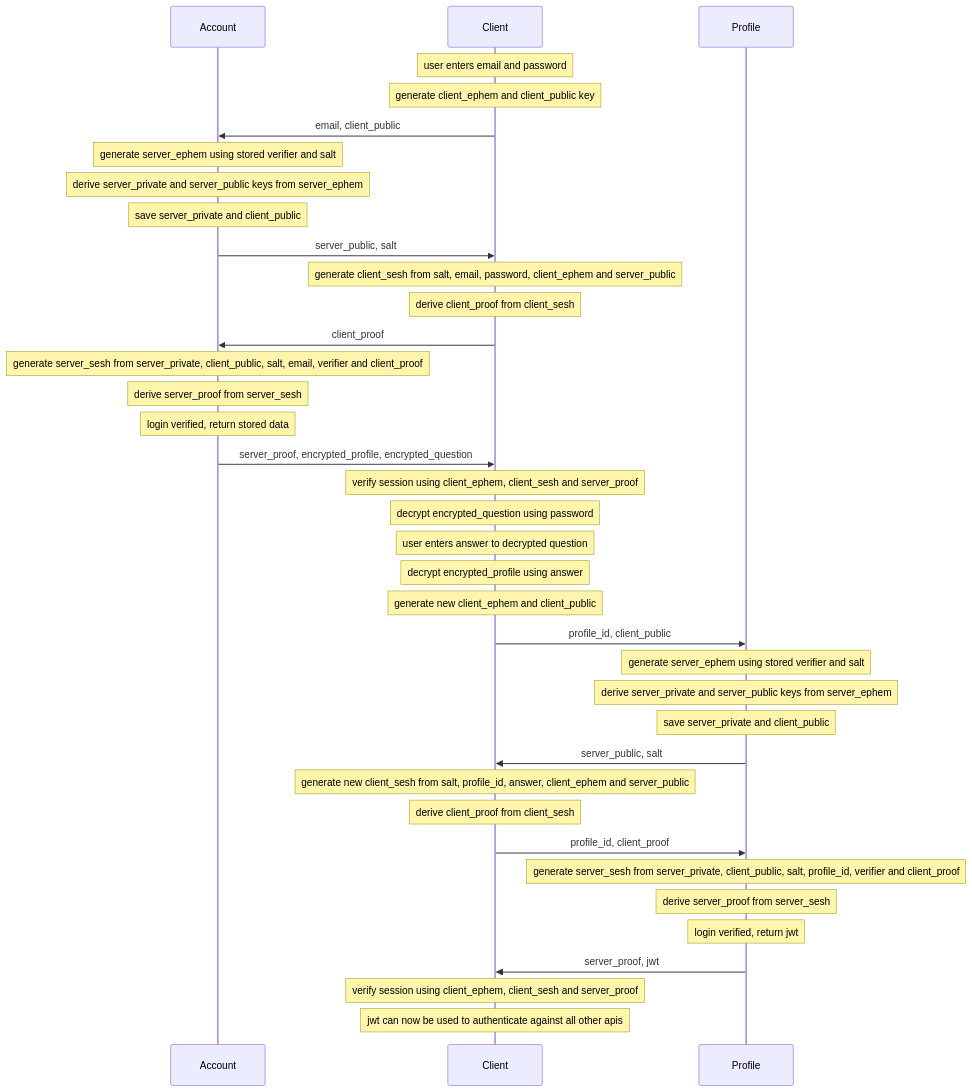
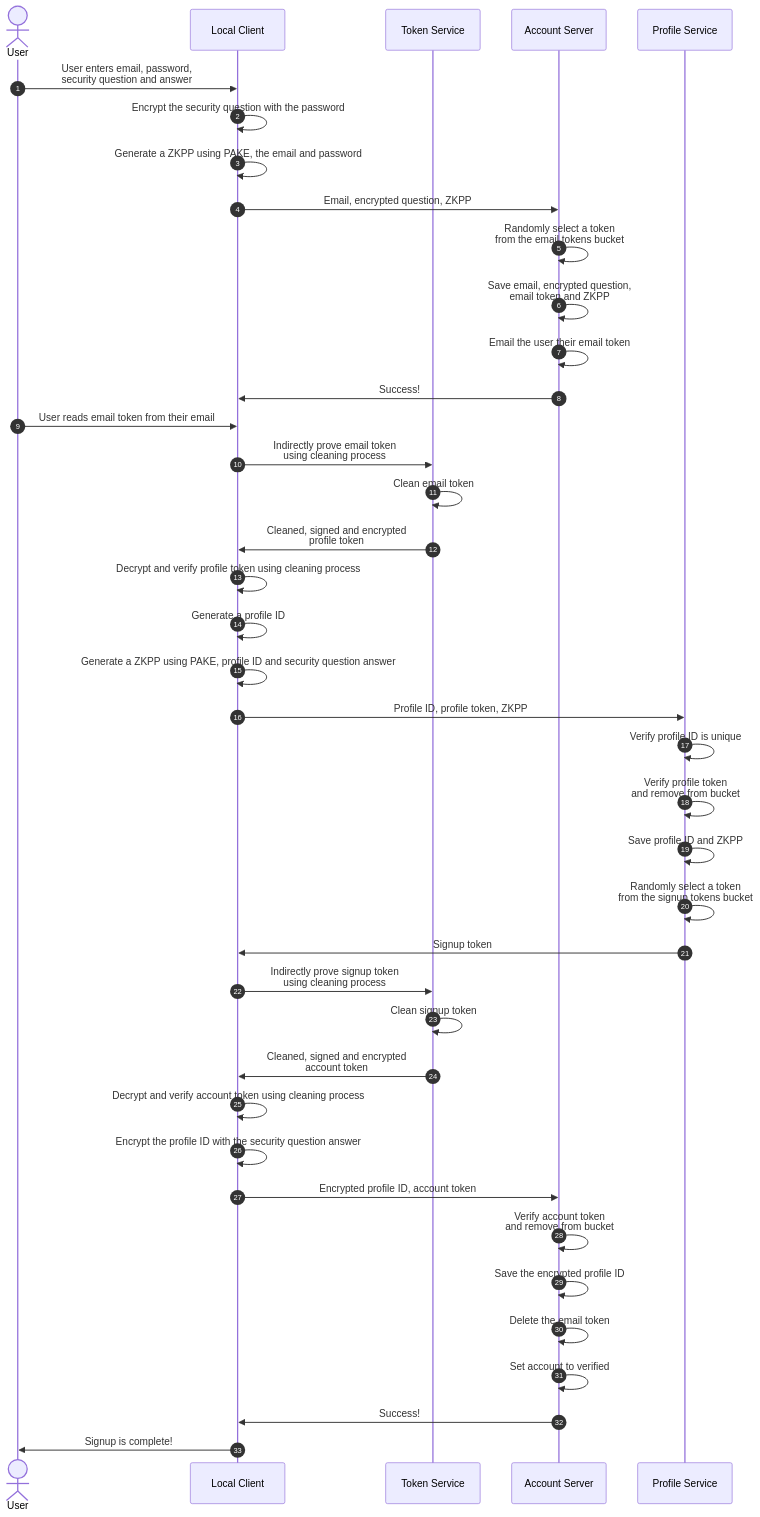
The ninth of 18 diagrams in docs/authentication.md (AluminumOxide/direct-democracy), drawn with Mermaid before and after one commit. The commit also changed other lines of this file, not shown here.

````diff
--- a/docs/authentication.md
+++ b/docs/authentication.md
@@ -7,39 +236,51 @@
 ```mermaid
 sequenceDiagram
-    participant Account
-    participant Client
-    participant Profile
-    Note over Client: user enters email and password
-    Note over Client: generate client_ephem and client_public key
-    Client->>Account: email, client_public
-    Note over Account: generate server_ephem using stored verifier and salt
-    Note over Account: derive server_private and server_public keys from server_ephem
-    Note over Account: save server_private and client_public
-    Account->>Client: server_public, salt
-    Note over Client: generate client_sesh from salt, email, password, client_ephem and server_public
-    Note over Client: derive client_proof from client_sesh
-    Client->>Account: client_proof
-    Note over Account: generate server_sesh from server_private, client_public, salt, email, verifier and client_proof
-    Note over Account: derive server_proof from server_sesh
-    Note over Account: login verified, return stored data
-    Account->>Client: server_proof, encrypted_profile, encrypted_question
-    Note over Client: verify session using client_ephem, client_sesh and server_proof
-    Note over Client: decrypt encrypted_question using password
-    Note over Client: user enters answer to decrypted question
-    Note over Client: decrypt encrypted_profile using answer
-    Note over Client: generate new client_ephem and client_public
-    Client->>Profile: profile_id, client_public
-    Note over Profile: generate server_ephem using stored verifier and salt
-    Note over Profile: derive server_private and server_public keys from server_ephem
-    Note over Profile: save server_private and client_public
-    Profile->>Client: server_public, salt
-    Note over Client: generate new client_sesh from salt, profile_id, answer, client_ephem and server_public
-    Note over Client: derive client_proof from client_sesh
-    Client->>Profile: profile_id, client_proof
-    Note over Profile: generate server_sesh from server_private, client_public, salt, profile_id, verifier and client_proof
-    Note over Profile: derive server_proof from server_sesh
-    Note over Profile: login verified, return jwt
-    Profile->>Client: server_proof, jwt
-    Note over Client: verify session using client_ephem, client_sesh and server_proof
-    Note over Client: jwt can now be used to authenticate against all other apis
+    autonumber
+
+    actor User
+    participant Client as Local Client
+    participant Verifier as Token Service
+    participant Account as Account Server
+    participant Profile as Profile Service
+
+    User->>Client: User enters email, password, <BR>security question and answer
+    Client->>Client: Encrypt the security question with the password
+    Client->>Client: Generate a ZKPP using PAKE, the email and password
+    Client->>Account: Email, encrypted question, ZKPP
+
+    Account->>Account: Randomly select a token <BR>from the email tokens bucket
+    Account->>Account: Save email, encrypted question, <BR>email token and ZKPP
+    Account->>Account: Email the user their email token
+    Account->>Client: Success!
+
+    User->>Client: User reads email token from their email
+    Client->>Verifier: Indirectly prove email token<BR> using cleaning process
+    Verifier->>Verifier: Clean email token
+    Verifier->>Client: Cleaned, signed and encrypted<BR> profile token
+
+    Client->>Client: Decrypt and verify profile token using cleaning process
+    Client->>Client: Generate a profile ID
+    Client->>Client: Generate a ZKPP using PAKE, profile ID and security question answer
+    Client->>Profile: Profile ID, profile token, ZKPP
+
+    Profile->>Profile: Verify profile ID is unique
+    Profile->>Profile: Verify profile token <BR>and remove from bucket
+    Profile->>Profile: Save profile ID and ZKPP
+    Profile->>Profile: Randomly select a token <BR>from the signup tokens bucket
+    Profile->>Client: Signup token
+
+    Client->>Verifier: Indirectly prove signup token<BR> using cleaning process
+    Verifier->>Verifier: Clean signup token
+    Verifier->>Client: Cleaned, signed and encrypted<BR> account token
+
+    Client->>Client: Decrypt and verify account token using cleaning process
+    Client->>Client: Encrypt the profile ID with the security question answer
+    Client->>Account: Encrypted profile ID, account token
+
+    Account->>Account: Verify account token <BR>and remove from bucket
+    Account->>Account: Save the encrypted profile ID 
+    Account->>Account: Delete the email token
+    Account->>Account: Set account to verified
+    Account->>Client: Success!
+    Client->>User: Signup is complete!
 ```
````
